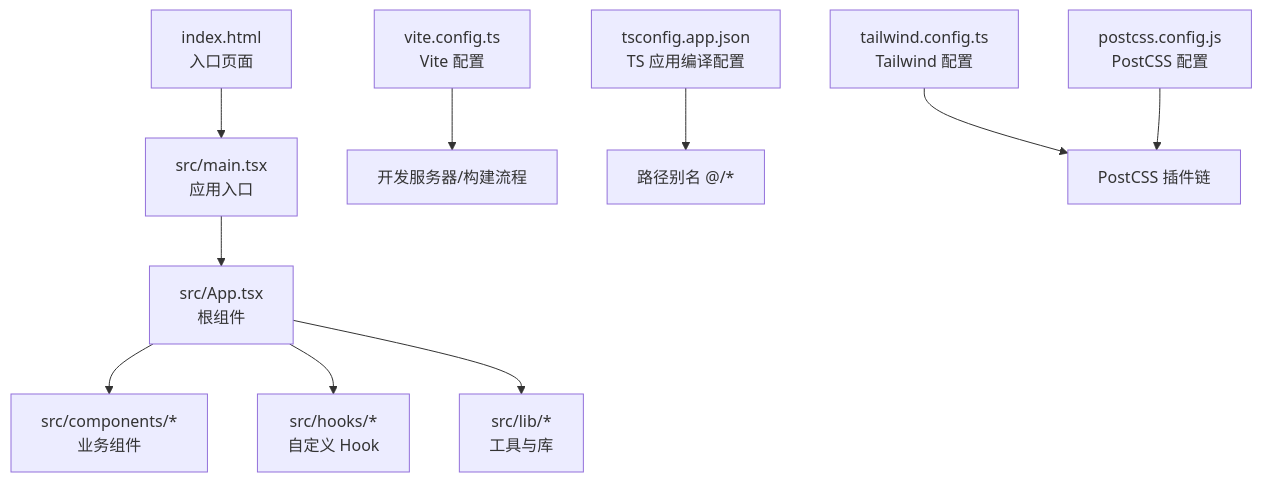
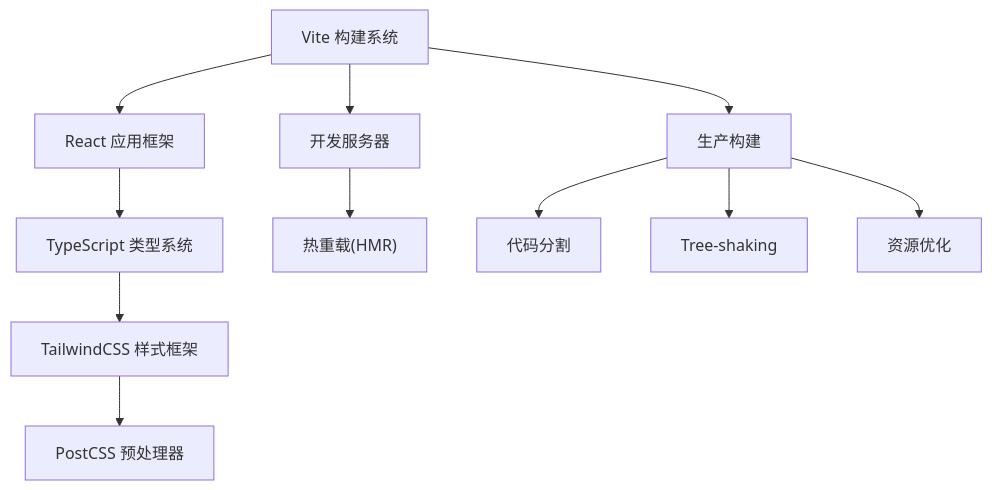
The first of 4 diagrams in .qoder/repowiki/zh/content/配置系统/构建配置.md (JadeXusq/qr-generator), drawn with Mermaid before and after one commit. The commit also changed other lines of this file and 9 other files, not shown here.

````diff
--- a/.qoder/repowiki/zh/content/配置系统/构建配置.md
+++ b/.qoder/repowiki/zh/content/配置系统/构建配置.md
@@ -43,12 +50,13 @@
 ```mermaid
 graph TB
-A["index.html<br/>入口页面"] --> B["src/main.tsx<br/>应用入口"]
-B --> C["src/App.tsx<br/>根组件"]
-C --> D["src/components/*<br/>业务组件"]
-C --> E["src/hooks/*<br/>自定义 Hook"]
-C --> F["src/lib/*<br/>工具与库"]
-G["vite.config.ts<br/>Vite 配置"] --> H["开发服务器/构建流程"]
-I["tsconfig.app.json<br/>TS 应用编译配置"] --> J["路径别名 @/*"]
-K["tailwind.config.ts<br/>Tailwind 配置"] --> L["PostCSS 插件链"]
-M["postcss.config.js<br/>PostCSS 配置"] --> L
+A["Vite 构建系统"] --> B["React 应用框架"]
+B --> C["TypeScript 类型系统"]
+C --> D["TailwindCSS 样式框架"]
+D --> E["PostCSS 预处理器"]
+A --> F["开发服务器"]
+F --> G["热重载(HMR)"]
+A --> H["生产构建"]
+H --> I["代码分割"]
+H --> J["Tree-shaking"]
+H --> K["资源优化"]
 ```
````
